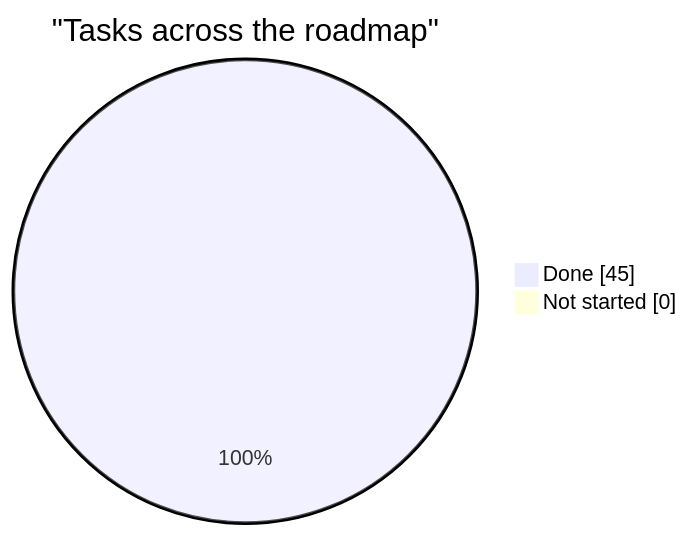
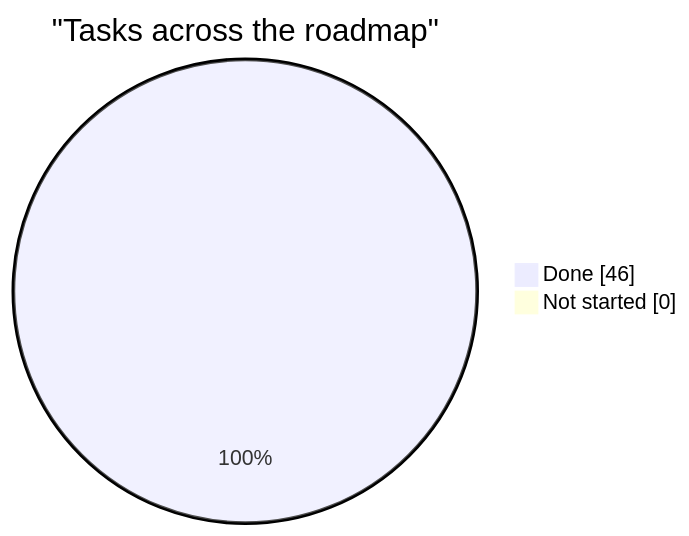
One commit to AdamClemens/PyFlow changed the diagram in docs/planning/status.md. Above: the diagram before and after it, drawn with Mermaid. The commit also changed other lines of this file and 29 other files, not shown here.

````diff
--- a/docs/planning/status.md
+++ b/docs/planning/status.md
@@ -23,6 +23,6 @@
 ```mermaid
 pie showData
     title "Tasks across the roadmap"
-    "Done" : 45
+    "Done" : 46
     "Not started" : 0
 ```
````
